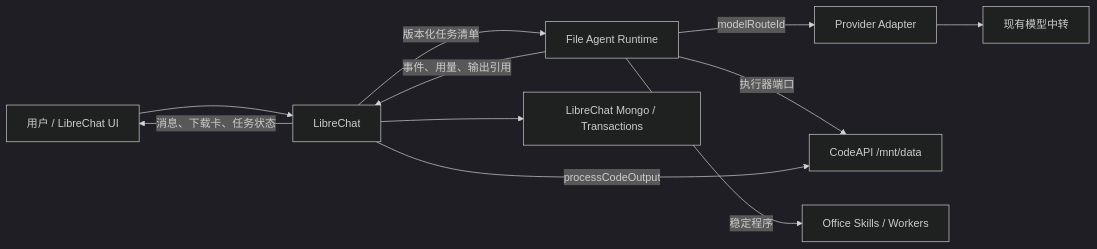
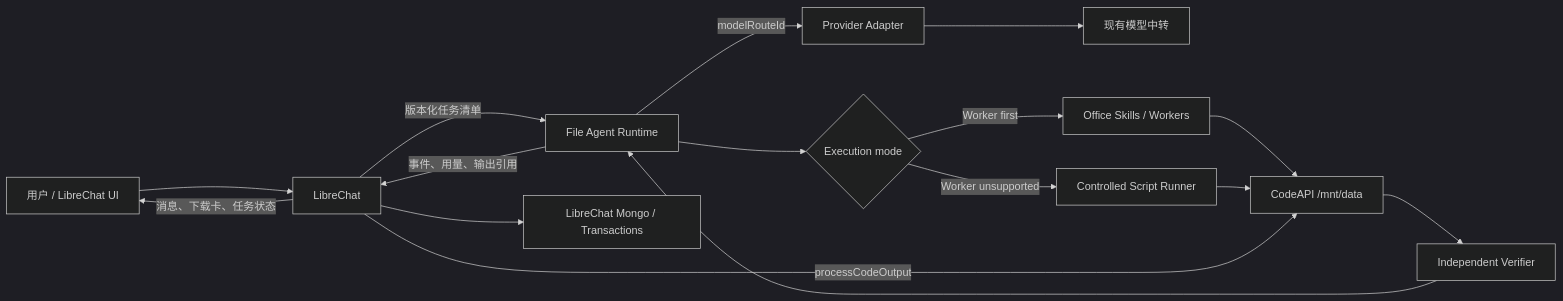
The first of 2 diagrams in docs/INDEPENDENT_FILE_AGENT_RUNTIME_ARCHITECTURE.md (Jetson998/librechat), drawn with Mermaid (dark theme) before and after one commit. The commit also changed other lines of this file and 3 other files, not shown here.

````diff
--- a/docs/INDEPENDENT_FILE_AGENT_RUNTIME_ARCHITECTURE.md
+++ b/docs/INDEPENDENT_FILE_AGENT_RUNTIME_ARCHITECTURE.md
@@ -87,13 +97,18 @@
 ```mermaid
 flowchart LR
     U["用户 / LibreChat UI"] --> LC["LibreChat"]
     LC -->|"版本化任务清单"| FR["File Agent Runtime"]
     FR -->|"modelRouteId"| MP["Provider Adapter"]
     MP --> GW["现有模型中转"]
-    FR -->|"执行器端口"| CA["CodeAPI /mnt/data"]
-    FR -->|"稳定程序"| OW["Office Skills / Workers"]
+    FR --> EM{"Execution mode"}
+    EM -->|"Worker first"| OW["Office Skills / Workers"]
+    EM -->|"Worker unsupported"| SR["Controlled Script Runner"]
+    OW --> CA["CodeAPI /mnt/data"]
+    SR --> CA
+    CA --> VV["Independent Verifier"]
+    VV --> FR
     FR -->|"事件、用量、输出引用"| LC
     LC -->|"processCodeOutput"| CA
     LC --> DB["LibreChat Mongo / Transactions"]
     LC -->|"消息、下载卡、任务状态"| U
 ```
````
